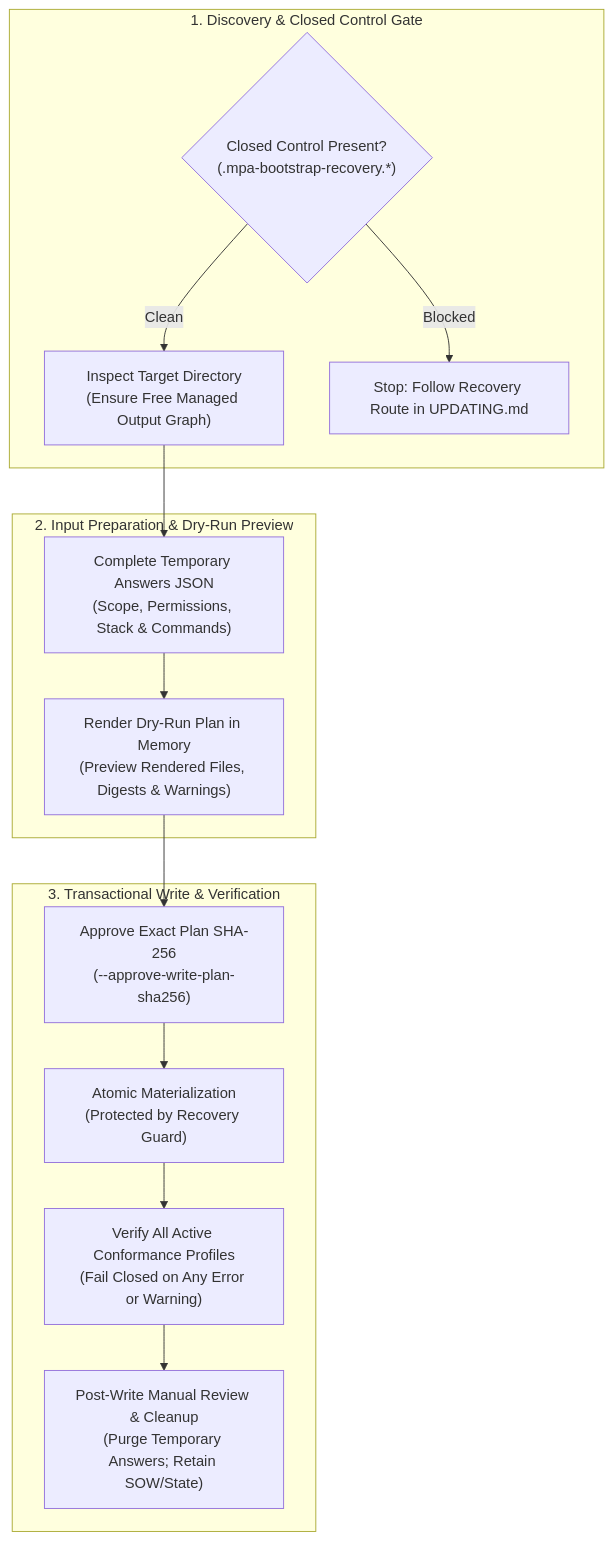
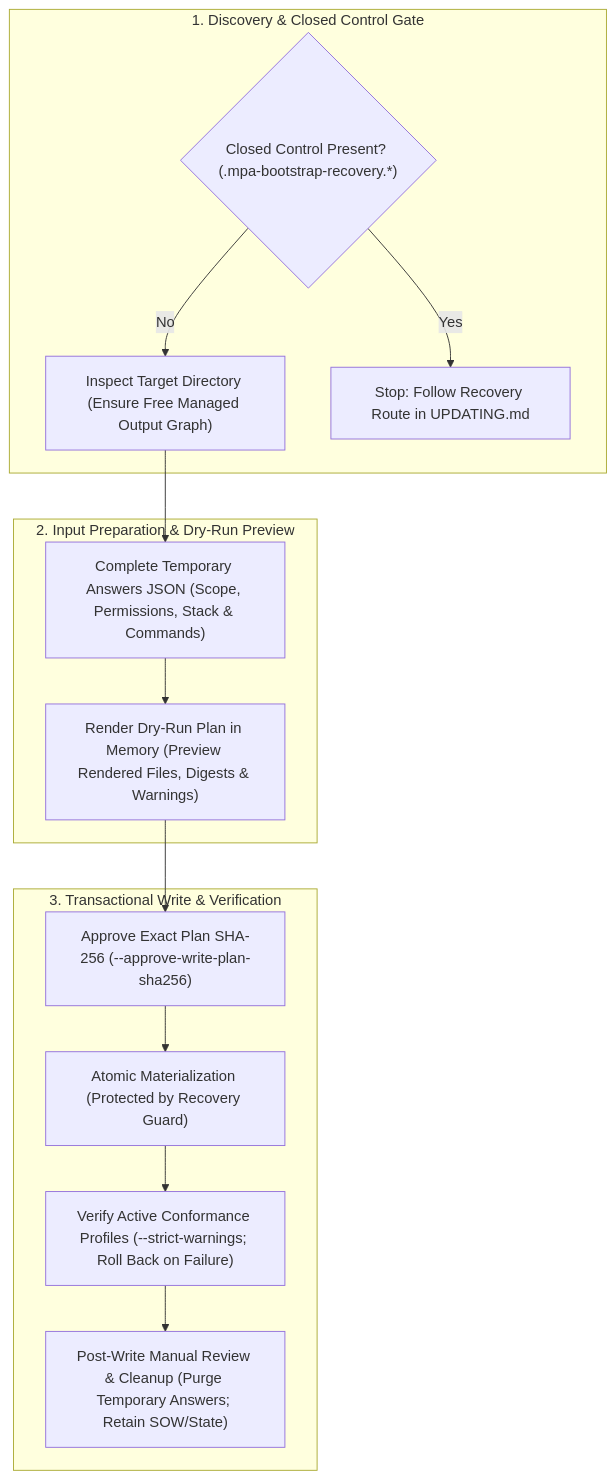
One commit to laurenzpavlosmalisianos/master-prompt-agreement changed the diagram in docs/downstream_setup.md. Above: the diagram before and after it, drawn with Mermaid. The commit also changed 26 other files, not shown here.

````diff
--- a/docs/downstream_setup.md
+++ b/docs/downstream_setup.md
@@ -10,27 +10,29 @@
 ```mermaid
 flowchart TD
   subgraph Discovery["1. Discovery & Closed Control Gate"]
-    CheckGate{"Closed Control Present?<br/>(.mpa-bootstrap-recovery.*)"}
-    CheckPaths["Inspect Target Directory<br/>(Ensure Free Managed Output Graph)"]
-    CheckGate -->|Clean| CheckPaths
-    CheckGate -->|Blocked| RecoveryRoute["Stop: Follow Recovery Route in UPDATING.md"]
+    CheckGate{"Closed Control Present? (.mpa-bootstrap-recovery.*)"}
+    CheckPaths["Inspect Target Directory (Ensure Free Managed Output Graph)"]
+    RecoveryRoute["Stop: Follow Recovery Route in UPDATING.md"]
+    CheckGate -->|No| CheckPaths
+    CheckGate -->|Yes| RecoveryRoute
   end
 
   subgraph InputPlanning["2. Input Preparation & Dry-Run Preview"]
-    CollectAnswers["Complete Temporary Answers JSON<br/>(Scope, Permissions, Stack & Commands)"]
-    DryRunPlan["Render Dry-Run Plan in Memory<br/>(Preview Rendered Files, Digests & Warnings)"]
-    CheckPaths --> CollectAnswers
+    CollectAnswers["Complete Temporary Answers JSON (Scope, Permissions, Stack & Commands)"]
+    DryRunPlan["Render Dry-Run Plan in Memory (Preview Rendered Files, Digests & Warnings)"]
     CollectAnswers --> DryRunPlan
   end
 
   subgraph TransactionalWrite["3. Transactional Write & Verification"]
-    UserApproval["Approve Exact Plan SHA-256<br/>(--approve-write-plan-sha256)"]
-    WriteTransaction["Atomic Materialization<br/>(Protected by Recovery Guard)"]
-    VerifyUnion["Verify All Active Conformance Profiles<br/>(Fail Closed on Any Error or Warning)"]
-    PostReview["Post-Write Manual Review & Cleanup<br/>(Purge Temporary Answers; Retain SOW/State)"]
-    DryRunPlan --> UserApproval
+    UserApproval["Approve Exact Plan SHA-256 (--approve-write-plan-sha256)"]
+    WriteTransaction["Atomic Materialization (Protected by Recovery Guard)"]
+    VerifyUnion["Verify Active Conformance Profiles (--strict-warnings; Roll Back on Failure)"]
+    PostReview["Post-Write Manual Review & Cleanup (Purge Temporary Answers; Retain SOW/State)"]
     UserApproval --> WriteTransaction
     WriteTransaction --> VerifyUnion
     VerifyUnion --> PostReview
   end
+
+  CheckPaths --> CollectAnswers
+  DryRunPlan --> UserApproval
 ```
````
